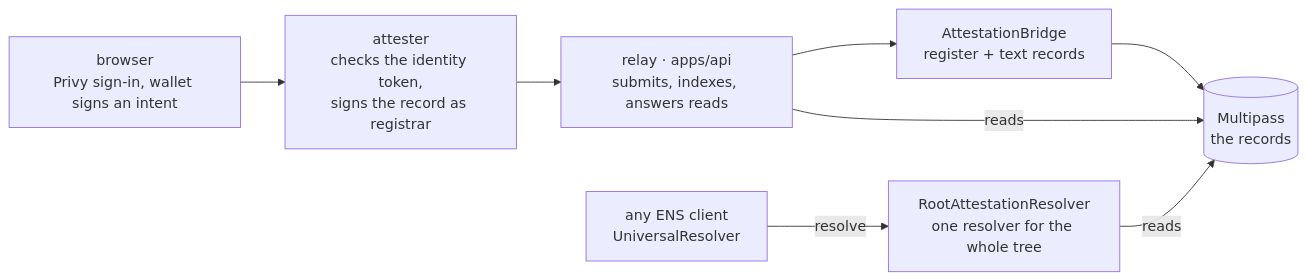
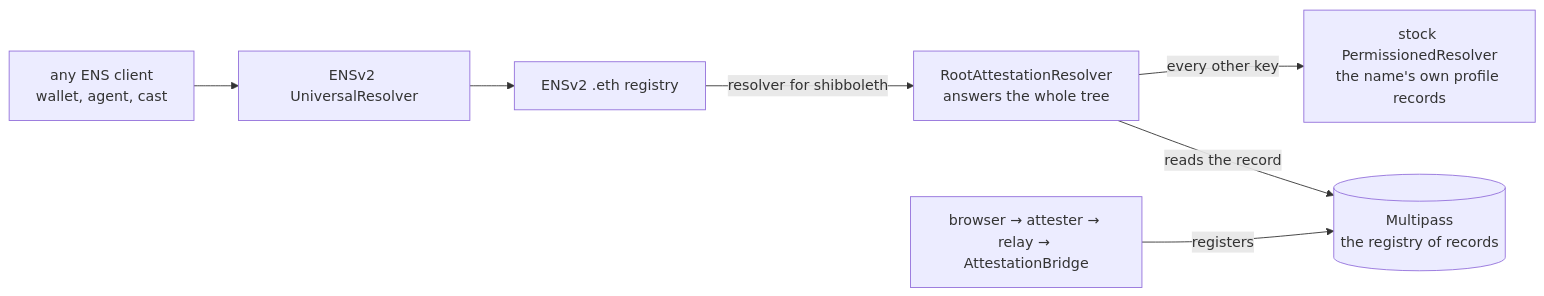
The diagram in README.md (lamtrinh259/ETHGlobal_Online_2026), drawn with Mermaid before and after one commit. The commit also changed other lines of this file, not shown here.

First line of the commit message:
docs: the README opens with the key features, and says what ShibbolETH adds to ENSv2

````diff
--- a/README.md
+++ b/README.md
@@ -23,14 +79,15 @@
 ```mermaid
 flowchart LR
-  B["browser<br/>Privy sign-in, wallet signs an intent"]
-  A["attester<br/>checks the identity token,<br/>signs the record as registrar"]
-  R["relay · apps/api<br/>submits, indexes, answers reads"]
-  G["AttestationBridge<br/>register + text records"]
-  M[("Multipass<br/>the records")]
-  W["RootAttestationResolver<br/>one resolver for the whole tree"]
-  C["any ENS client<br/>UniversalResolver"]
-  B --> A --> R --> G --> M
-  W -- reads --> M
-  R -- reads --> M
-  C -- resolve --> W
+  C["any ENS client<br/>wallet, agent, cast"]
+  U["ENSv2 UniversalResolver"]
+  E["ENSv2 .eth registry"]
+  W["RootAttestationResolver<br/>answers the whole tree"]
+  I["stock PermissionedResolver<br/>the name's own profile records"]
+  M[("Multipass<br/>the registry of records")]
+  B["browser → attester → relay → AttestationBridge"]
+  C --> U --> E
+  E -- resolver for shibboleth --> W
+  W -- reads the record --> M
+  W -- every other key --> I
+  B -- registers --> M
 ```
````
